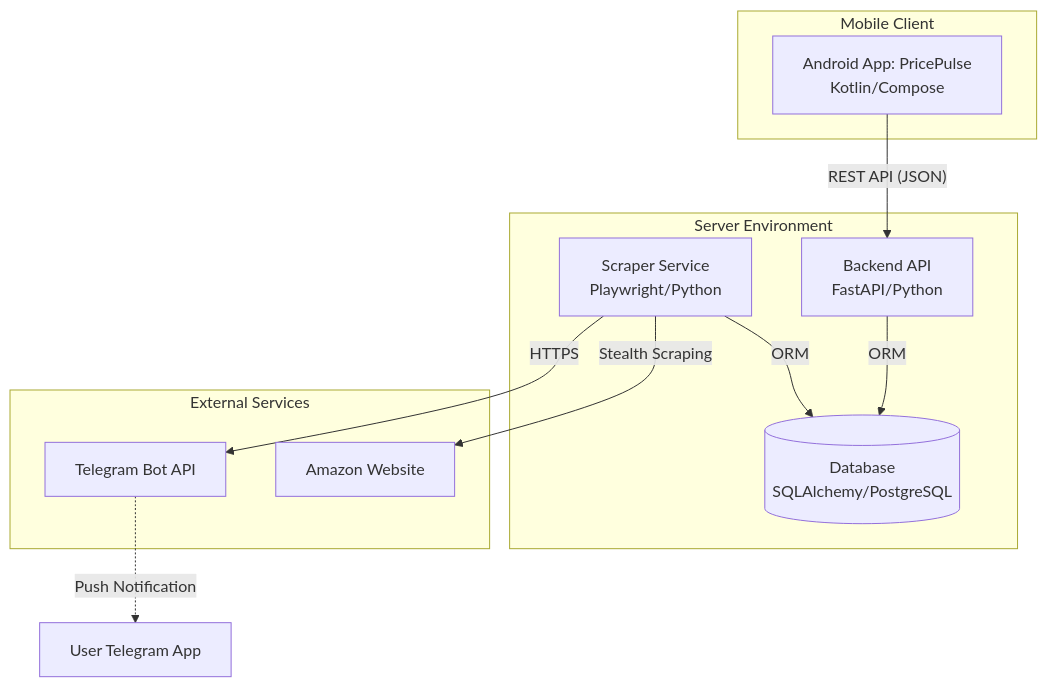
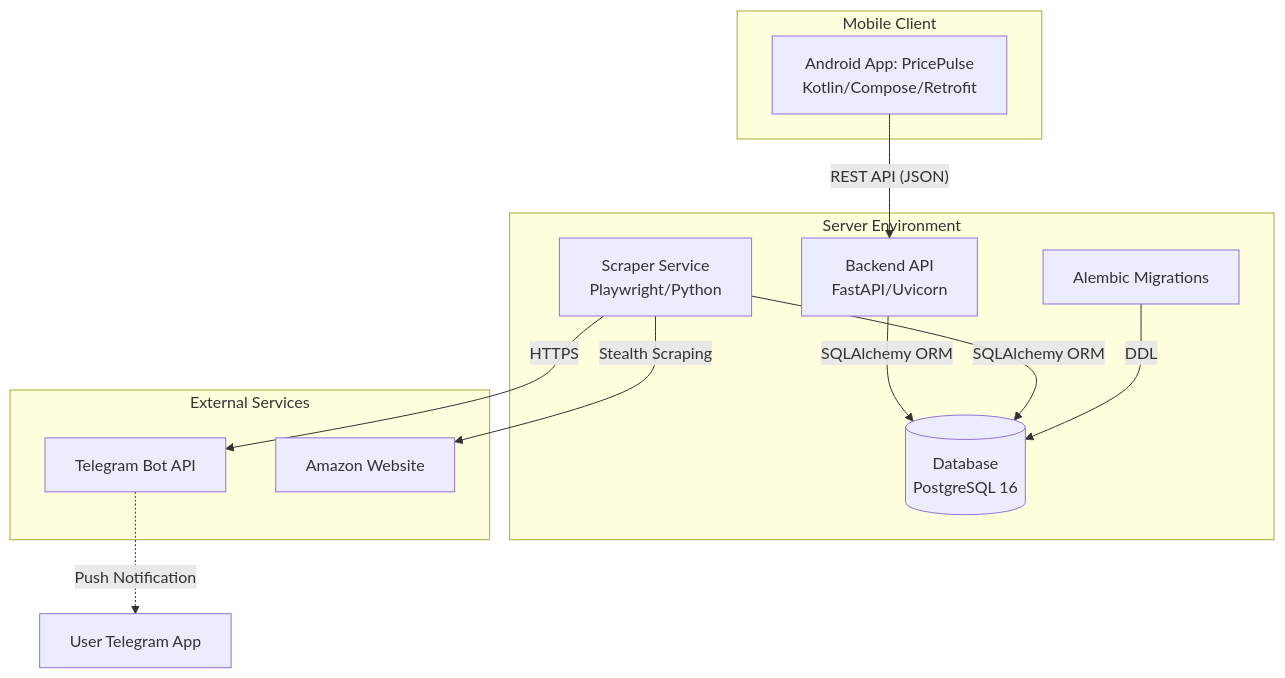
One commit to perezga/amazonWishListNotifier changed the second of 2 diagrams in README.md. Above: the diagram before and after it, drawn with Mermaid. The commit also changed other lines of this file, not shown here.

Commit message:
docs: update README with latest architecture and features

````diff
--- a/README.md
+++ b/README.md
@@ -31,24 +32,26 @@
 ```mermaid
 graph TD
     subgraph "Mobile Client"
-        App[Android App: PricePulse<br/>Kotlin/Compose]
+        App[Android App: PricePulse<br/>Kotlin/Compose/Retrofit]
     end
 
     subgraph "Server Environment"
-        API[Backend API<br/>FastAPI/Python]
+        API[Backend API<br/>FastAPI/Uvicorn]
         Scraper[Scraper Service<br/>Playwright/Python]
-        DB[(Database<br/>SQLAlchemy/PostgreSQL)]
+        DB[(Database<br/>PostgreSQL 16)]
+        Migrations[Alembic Migrations]
     end
 
     subgraph "External Services"
         TG[Telegram Bot API]
         Amz[Amazon Website]
     end
 
     App -- "REST API (JSON)" --> API
-    API -- "ORM" --> DB
-    Scraper -- "ORM" --> DB
+    API -- "SQLAlchemy ORM" --> DB
+    Scraper -- "SQLAlchemy ORM" --> DB
     Scraper -- "HTTPS" --> TG
     Scraper -- "Stealth Scraping" --> Amz
     TG -. "Push Notification" .-> UserApp[User Telegram App]
+    Migrations -- "DDL" --> DB
 ```
````
